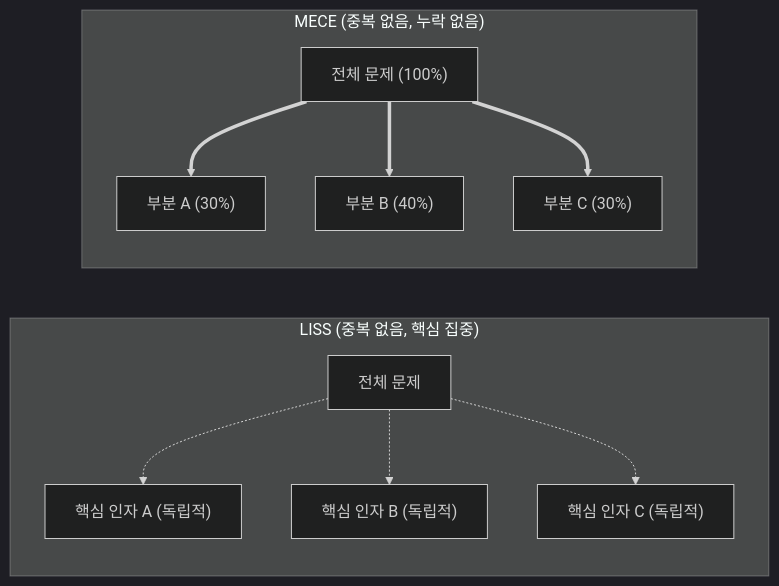
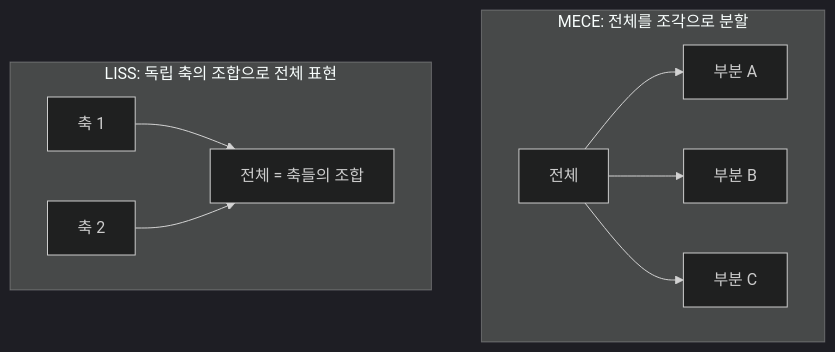
The diagram in content/01_IT Tech/MECE와 LISS.md (supremethumb/supremethumb.github.io), drawn with Mermaid (dark theme) before and after one commit. The commit also changed other lines of this file and 1087 other files, not shown here.

````diff
--- a/content/01_IT Tech/MECE와 LISS.md
+++ b/content/01_IT Tech/MECE와 LISS.md
@@ -30,21 +35,14 @@
 ```mermaid
-flowchart TD
-    subgraph MECE_Group ["MECE (중복 없음, 누락 없음)"]
-        direction TB
-        M_Total["전체 문제 (100%)"]
-        M_Total ==> M_A["부분 A (30%)"]
-        M_Total ==> M_B["부분 B (40%)"]
-        M_Total ==> M_C["부분 C (30%)"]
+flowchart TB
+    subgraph M["MECE: 전체를 조각으로 분할"]
+        direction LR
+        T1["전체"] --> A["부분 A"]
+        T1 --> B["부분 B"]
+        T1 --> C["부분 C"]
     end
-
-    subgraph LISS_Group ["LISS (중복 없음, 핵심 집중)"]
-        direction TB
-        L_Total["전체 문제"]
-        L_Total -.-> L_A["핵심 인자 A (독립적)"]
-        L_Total -.-> L_B["핵심 인자 B (독립적)"]
-        L_Total -.-> L_C["핵심 인자 C (독립적)"]
+    subgraph L["LISS: 독립 축의 조합으로 전체 표현"]
+        direction LR
+        X["축 1"] --> T2["전체 = 축들의 조합"]
+        Y["축 2"] --> T2
     end
-    
-    MECE_Group ~~~ LISS_Group
-
 ```
````
